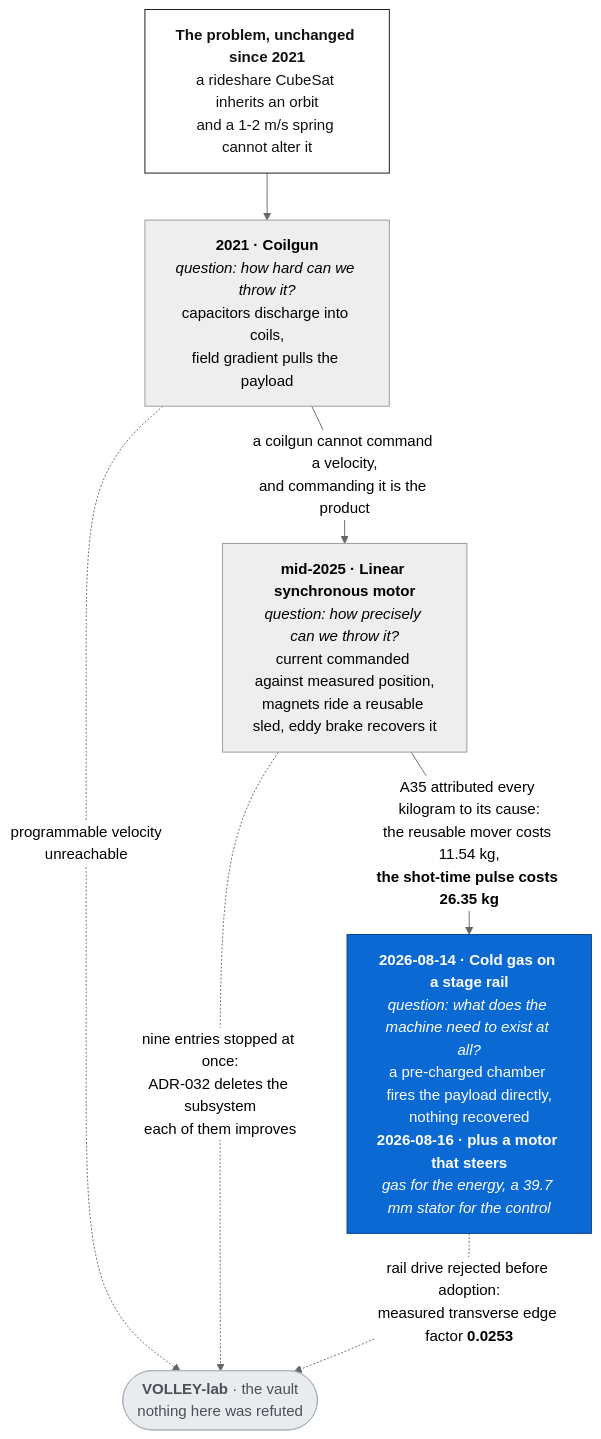
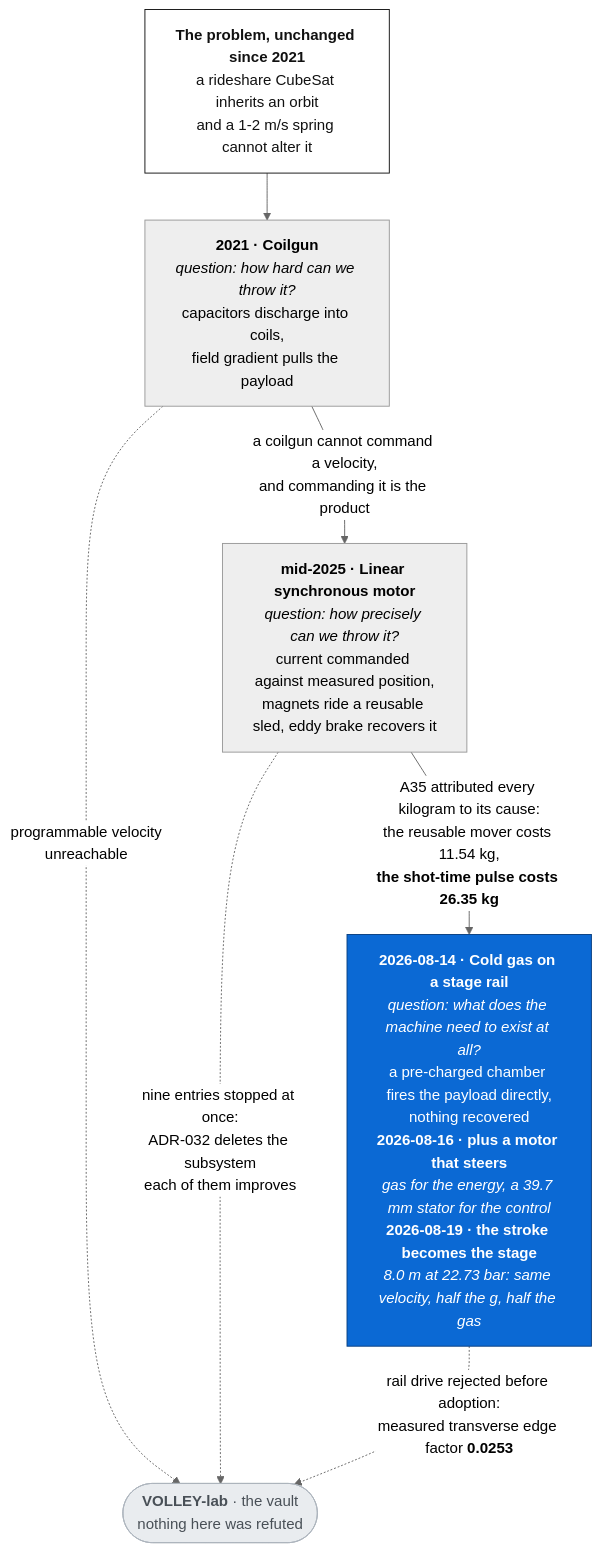
One commit to aaaaaaaaaaaavm/VOLLEY changed the second of 5 diagrams in README.md. Above: the diagram before and after it, drawn with Mermaid (neutral theme). The commit also changed other lines of this file and 32 other files, not shown here.

````diff
--- a/README.md
+++ b/README.md
@@ -335,25 +337,25 @@
 ```mermaid
 flowchart TD
     P["<b>The problem, unchanged since 2021</b><br/>a rideshare CubeSat inherits an orbit<br/>and a 1-2 m/s spring cannot alter it"]
 
     A1["<b>2021 · Coilgun</b><br/><i>question: how hard can we throw it?</i><br/>capacitors discharge into coils,<br/>field gradient pulls the payload"]
     A2["<b>mid-2025 · Linear synchronous motor</b><br/><i>question: how precisely can we throw it?</i><br/>current commanded against measured position,<br/>magnets ride a reusable sled, eddy brake recovers it"]
-    A3["<b>2026-08-14 · Cold gas on a stage rail</b><br/><i>question: what does the machine need to exist at all?</i><br/>a pre-charged chamber fires the payload directly,<br/>nothing recovered<br/><b>2026-08-16 · plus a motor that steers</b><br/><i>gas for the energy, a 39.7 mm stator for the control</i>"]
+    A3["<b>2026-08-14 · Cold gas on a stage rail</b><br/><i>question: what does the machine need to exist at all?</i><br/>a pre-charged chamber fires the payload directly,<br/>nothing recovered<br/><b>2026-08-16 · plus a motor that steers</b><br/><i>gas for the energy, a 39.7 mm stator for the control</i><br/><b>2026-08-19 · the stroke becomes the stage</b><br/><i>8.0 m at 22.73 bar: same velocity, half the g, half the gas</i>"]
 
     P --> A1
     A1 -->|"a coilgun cannot command a velocity,<br/>and commanding it is the product"| A2
     A2 -->|"A35 attributed every kilogram to its cause:<br/>the reusable mover costs 11.54 kg,<br/><b>the shot-time pulse costs 26.35 kg</b>"| A3
 
     V(["<b>VOLLEY-lab</b> · the vault<br/>nothing here was refuted"])
 
     A1 -.->|"programmable velocity<br/>unreachable"| V
     A2 -.->|"nine entries stopped at once:<br/>ADR-032 deletes the subsystem<br/>each of them improves"| V
     A3 -.->|"rail drive rejected before adoption:<br/>measured transverse edge factor <b>0.0253</b>"| V
 
     classDef live fill:#0b69d4,stroke:#083f80,color:#fff
     classDef dead fill:#e9ecef,stroke:#adb5bd,color:#495057
     classDef prob fill:#fff,stroke:#111,color:#111
     class A3 live
     class V dead
     class P prob
 ```
````
